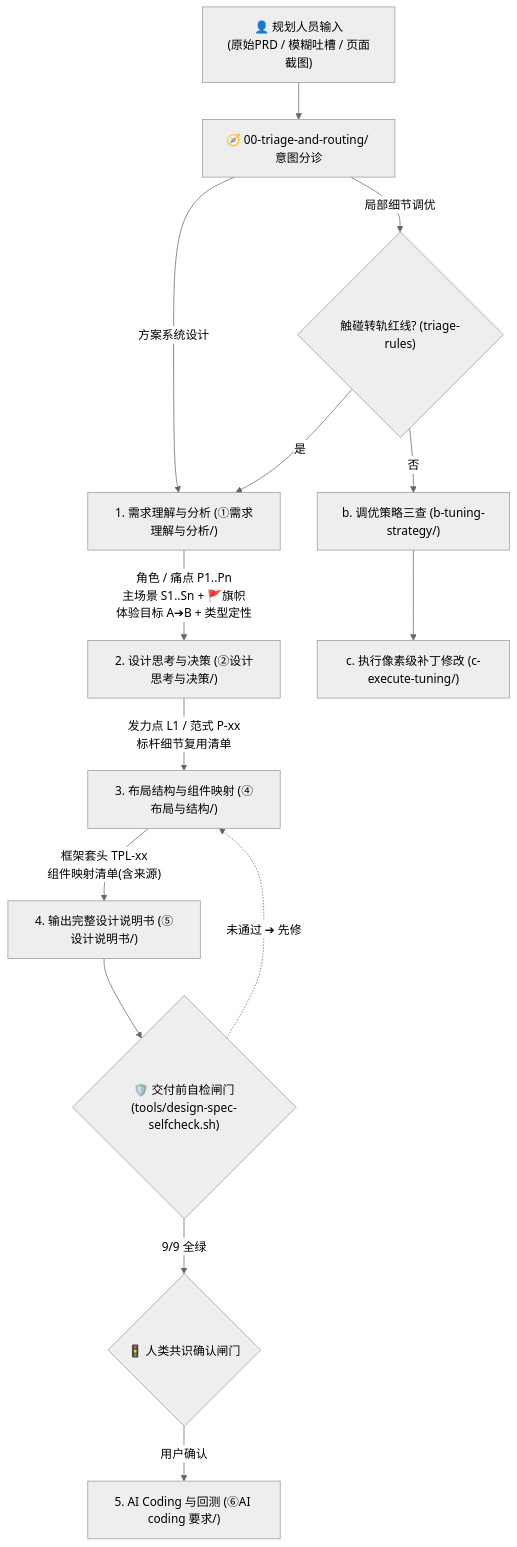
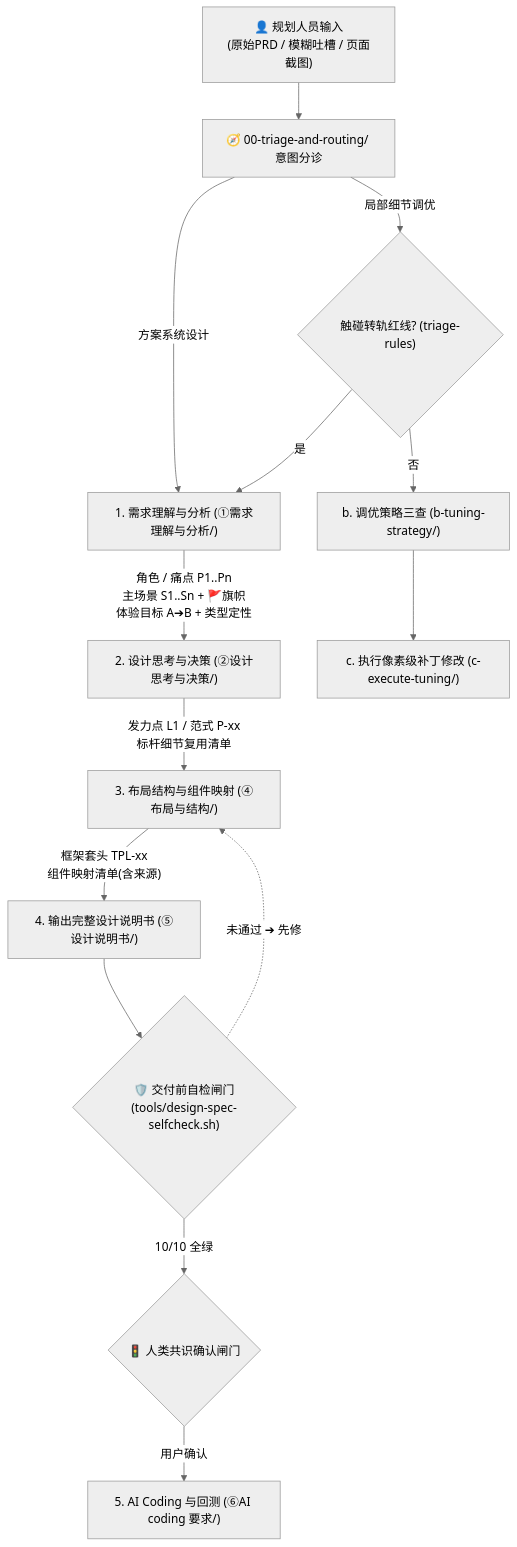
Before and after one commit to wangjue2026/skill-designer-prism: the first of 3 diagrams in 04-workflows-and-cases/execution-sop.md, drawn with Mermaid (neutral theme). The commit also changed other lines of this file and 15 other files, not shown here.

````diff
--- a/04-workflows-and-cases/execution-sop.md
+++ b/04-workflows-and-cases/execution-sop.md
@@ -11,18 +11,18 @@
 ```mermaid
 graph TD
     Start["👤 规划人员输入<br>(原始PRD / 模糊吐槽 / 页面截图)"] --> Triage["🧭 00-triage-and-routing/ 意图分诊"]
 
     Triage -->|"方案系统设计"| S1["1. 需求理解与分析 (①需求理解与分析/)"]
     S1 -->|"角色 / 痛点 P1..Pn<br>主场景 S1..Sn + 🚩旗帜<br>体验目标 A➔B + 类型定性"| S2["2. 设计思考与决策 (②设计思考与决策/)"]
     S2 -->|"发力点 L1 / 范式 P-xx<br>标杆细节复用清单"| S3["3. 布局结构与组件映射 (④布局与结构/)"]
     S3 -->|"框架套头 TPL-xx<br>组件映射清单(含来源)"| S4["4. 输出完整设计说明书 (⑤设计说明书/)"]
     S4 --> Check{"🛡️ 交付前自检闸门<br>(tools/design-spec-selfcheck.sh)"}
-    Check -->|"9/9 全绿"| Gate{"🚦 人类共识确认闸门"}
+    Check -->|"10/10 全绿"| Gate{"🚦 人类共识确认闸门"}
     Check -.->|"未通过 ➔ 先修"| S3
     Gate -->|"用户确认"| S5["5. AI Coding 与回测 (⑥AI coding 要求/)"]
 
     Triage -->|"局部细节调优"| Redline{"触碰转轨红线? (triage-rules)"}
     Redline -->|"是"| S1
     Redline -->|"否"| M2["b. 调优策略三查 (b-tuning-strategy/)"]
     M2 --> M3["c. 执行像素级补丁修改 (c-execute-tuning/)"]
 ```
````
